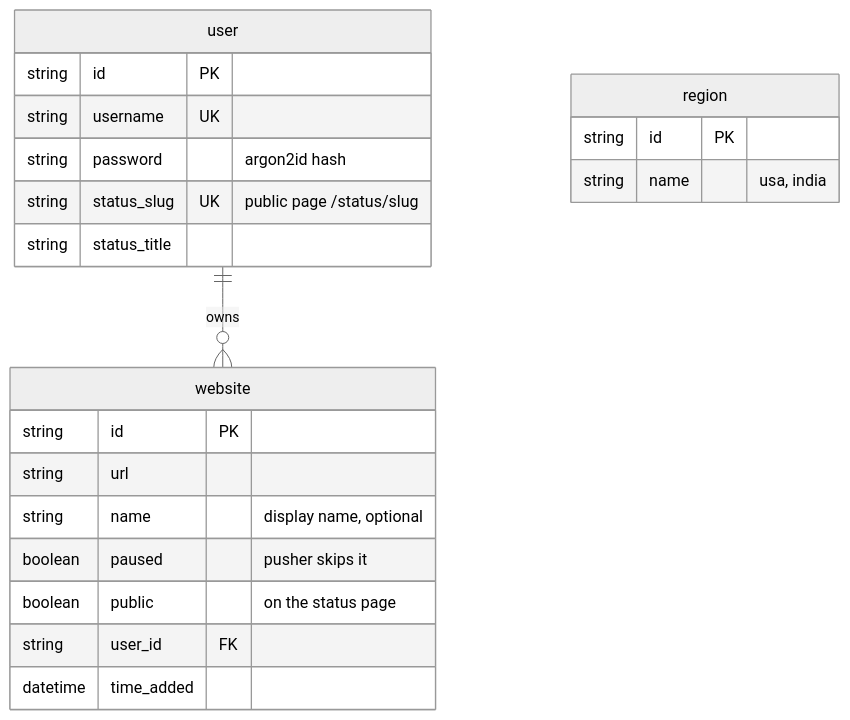
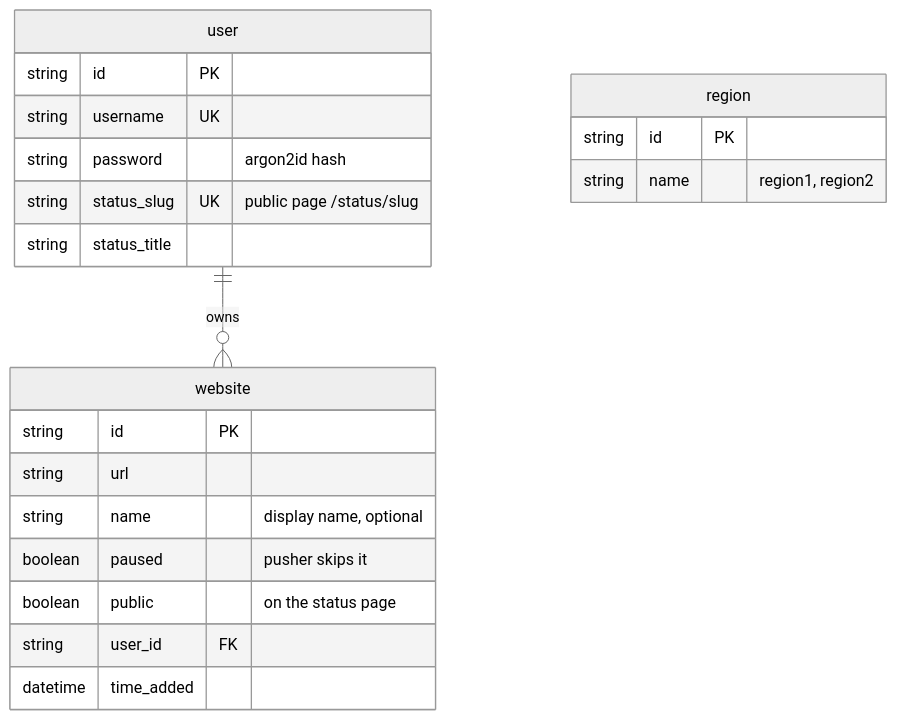
Before and after one commit to MK-Sindhu/uptime-watch: the third of 4 diagrams in README.md, drawn with Mermaid (neutral theme). The commit also changed other lines of this file and 20 other files, not shown here.

````diff
--- a/README.md
+++ b/README.md
@@ -159,24 +159,24 @@
 ```mermaid
 erDiagram
     user ||--o{ website : owns
     user {
         string id PK
         string username UK
         string password "argon2id hash"
         string status_slug UK "public page /status/slug"
         string status_title
     }
     website {
         string id PK
         string url
         string name "display name, optional"
         boolean paused "pusher skips it"
         boolean public "on the status page"
         string user_id FK
         datetime time_added
     }
     region {
         string id PK
-        string name "usa, india"
+        string name "region1, region2"
     }
 ```
````
